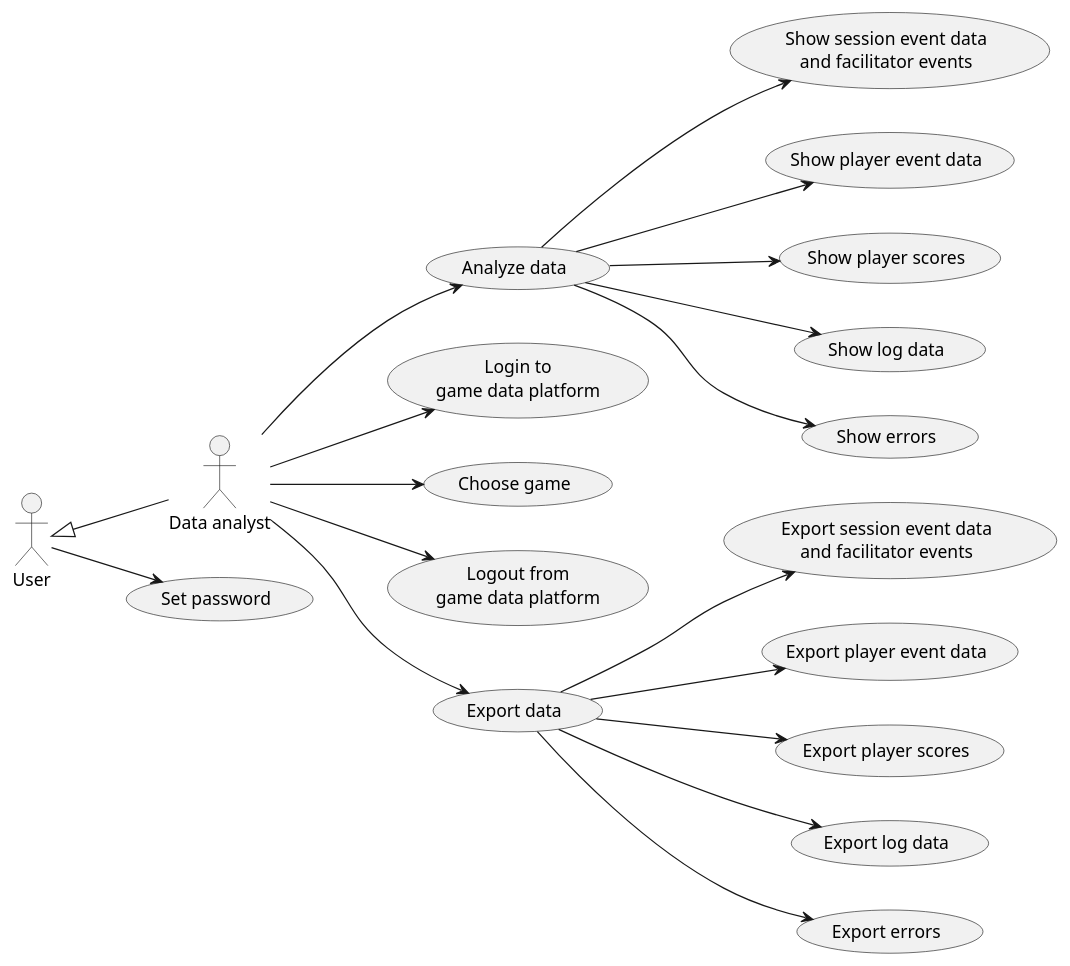
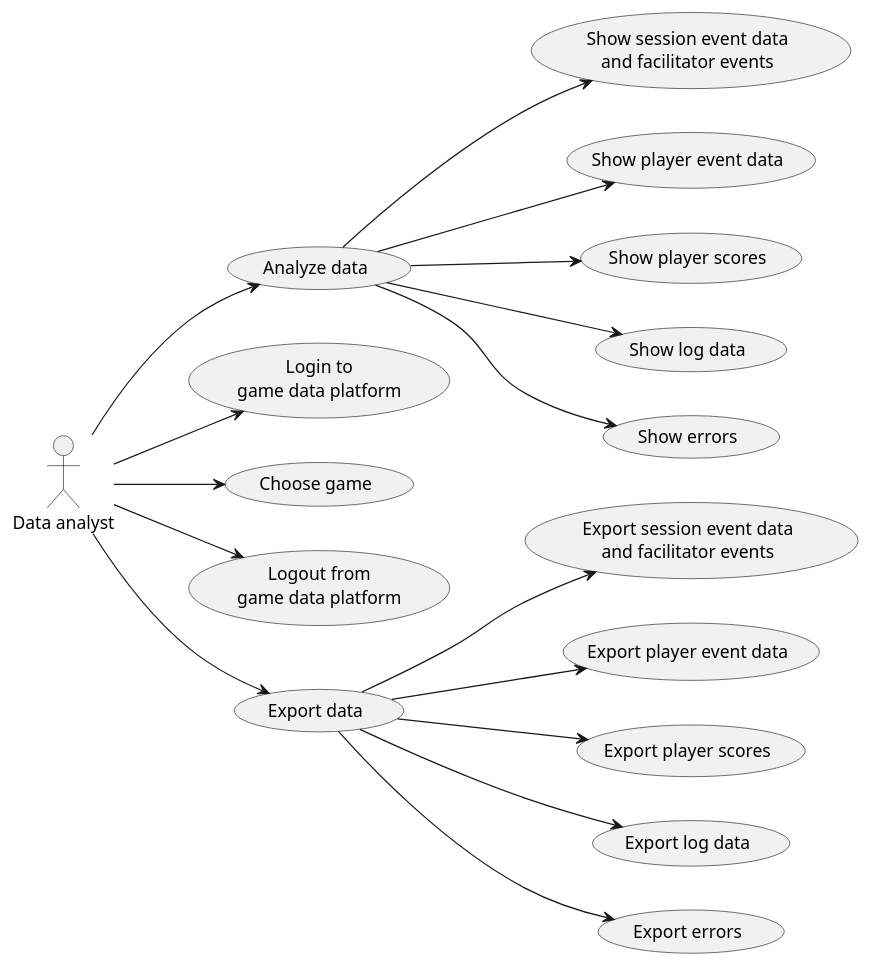
The diagram in doc/1-use-cases/diagrams/game-data-analysis.puml (averbraeck/gscg-design), drawn with PlantUML before and after one commit. The commit also changed 7 other files, not shown here.

```diff
--- a/doc/1-use-cases/diagrams/game-data-analysis.puml
+++ b/doc/1-use-cases/diagrams/game-data-analysis.puml
@@ -1,29 +1,26 @@
 @startuml
 left to right direction
 
 "Data analyst" as DA
-User <|-- DA
-
-User --> (Set password)
 
 DA --> (Analyze data)
 (Analyze data) --> (Show session event data\nand facilitator events)
 (Analyze data) --> (Show player event data)
 (Analyze data) --> (Show player scores)
 (Analyze data) --> (Show log data)
 (Analyze data) --> (Show errors)
 
 DA --> (Login to\ngame data platform)
 
 DA --> (Choose game)
 
 DA --> (Logout from\ngame data platform)
 
 DA --> (Export data)
 (Export data) --> (Export session event data\nand facilitator events)
 (Export data) --> (Export player event data)
 (Export data) --> (Export player scores)
 (Export data) --> (Export log data)
 (Export data) --> (Export errors)
 
 @enduml
```
